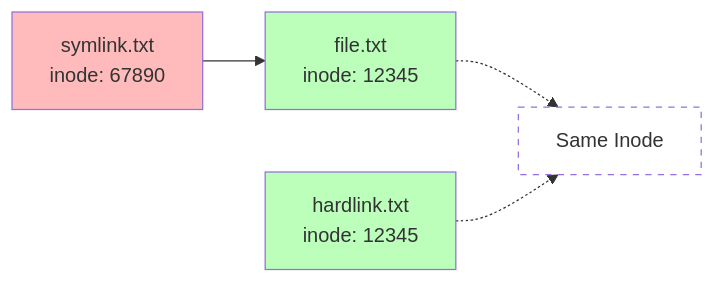
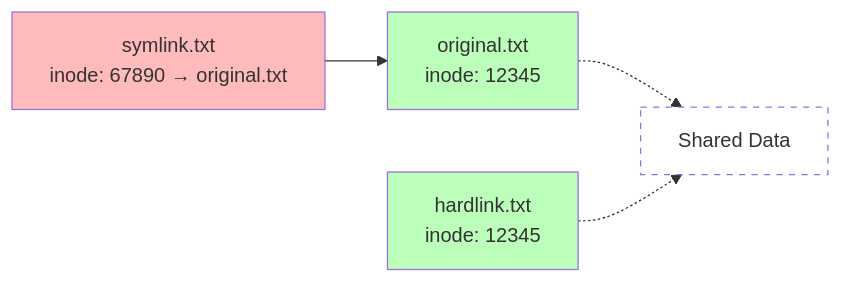
One commit to singhhitendra337/linux_the_final_boss changed the second of 2 diagrams in Day_03/notes_and_exercises.md. Above: the diagram before and after it, drawn with Mermaid. The commit also changed other lines of this file, not shown here.

````diff
--- a/Day_03/notes_and_exercises.md
+++ b/Day_03/notes_and_exercises.md
@@ -96,15 +106,15 @@
 ```mermaid
 graph LR
-    A[file.txt<br/>inode: 12345] 
+    A[original.txt<br/>inode: 12345] 
     B[hardlink.txt<br/>inode: 12345]
-    C[symlink.txt<br/>inode: 67890]
+    C[symlink.txt<br/>inode: 67890 → original.txt]
     
-    A -.-> D[Same Inode]
+    A -.-> D[Shared Data]
     B -.-> D
     C --> A
     
     style A fill:#bfb
     style B fill:#bfb
     style C fill:#fbb
     style D fill:#fff,stroke-dasharray: 5 5
 ```
````
